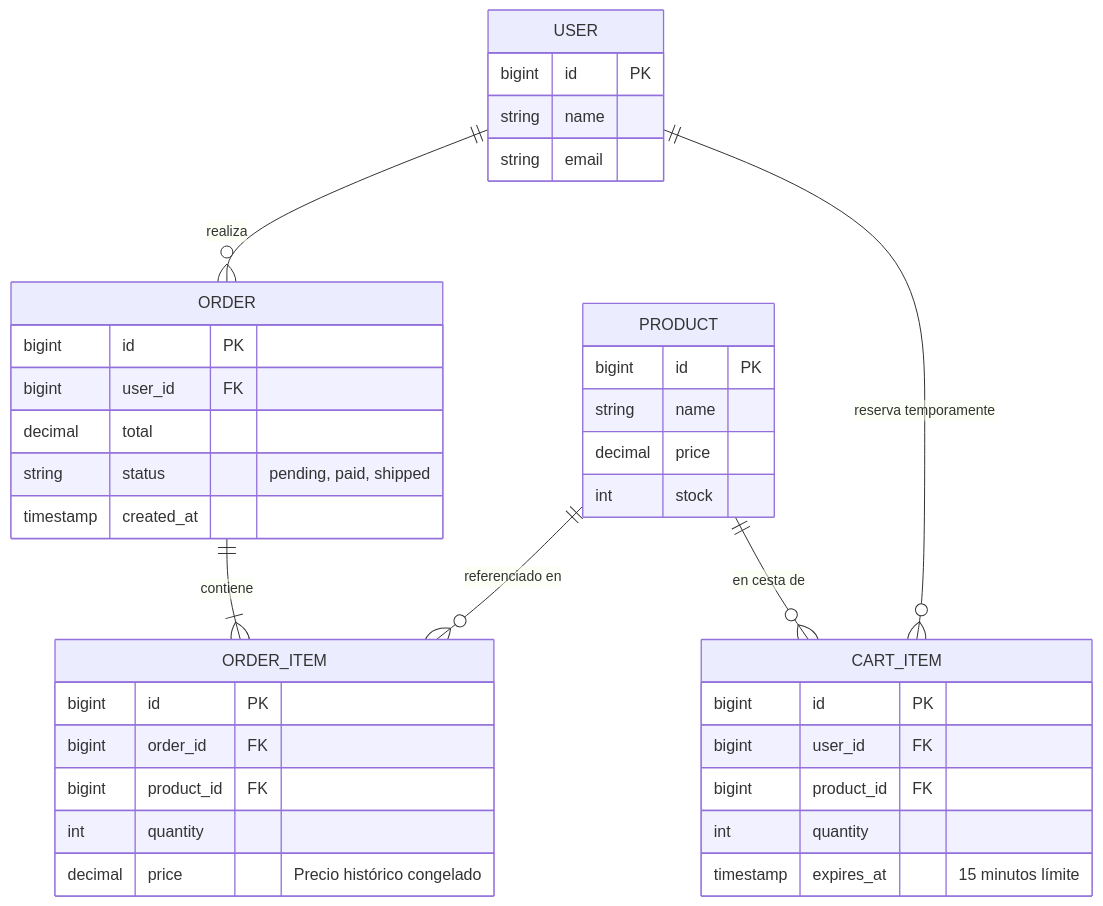
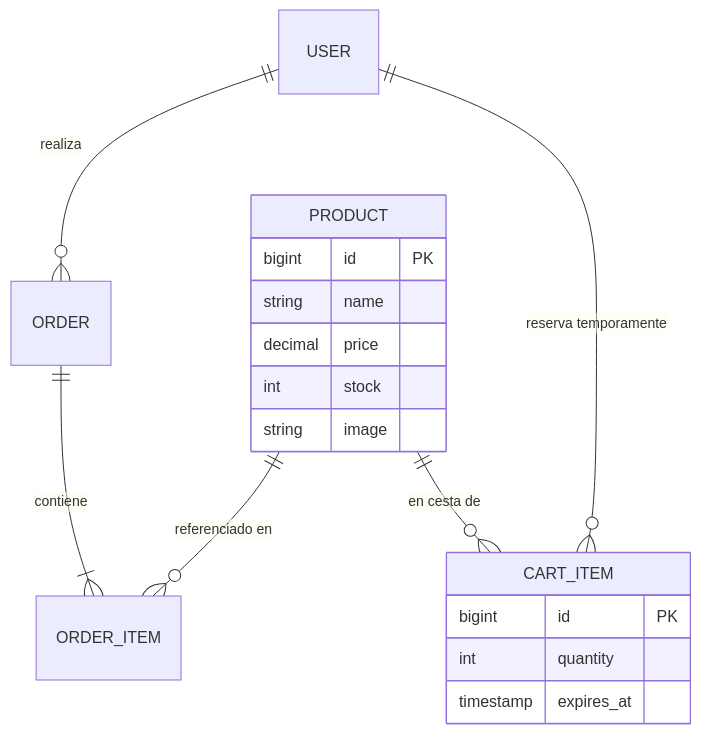
The diagram in README.md (angellopezlinan/aicor-shop-fullstack), drawn with Mermaid before and after one commit. The commit also changed other lines of this file and 7 other files, not shown here.

````diff
--- a/README.md
+++ b/README.md
@@ -98,45 +63,21 @@
 ```mermaid
 erDiagram
     USER ||--o{ ORDER : "realiza"
     USER ||--o{ CART_ITEM : "reserva temporamente"
     ORDER ||--|{ ORDER_ITEM : "contiene"
     PRODUCT ||--o{ ORDER_ITEM : "referenciado en"
     PRODUCT ||--o{ CART_ITEM : "en cesta de"
 
-    USER {
-        bigint id PK
-        string name
-        string email
-    }
-
-    CART_ITEM {
-        bigint id PK
-        bigint user_id FK
-        bigint product_id FK
-        int quantity
-        timestamp expires_at "15 minutos límite"
-    }
-
-    ORDER {
-        bigint id PK
-        bigint user_id FK
-        decimal total
-        string status "pending, paid, shipped"
-        timestamp created_at
-    }
-
-    ORDER_ITEM {
-        bigint id PK
-        bigint order_id FK
-        bigint product_id FK
-        int quantity
-        decimal price "Precio histórico congelado"
-    }
-
     PRODUCT {
         bigint id PK
         string name
         decimal price
         int stock
+        string image
+    }
+    CART_ITEM {
+        bigint id PK
+        int quantity
+        timestamp expires_at
     }
 ```
````
